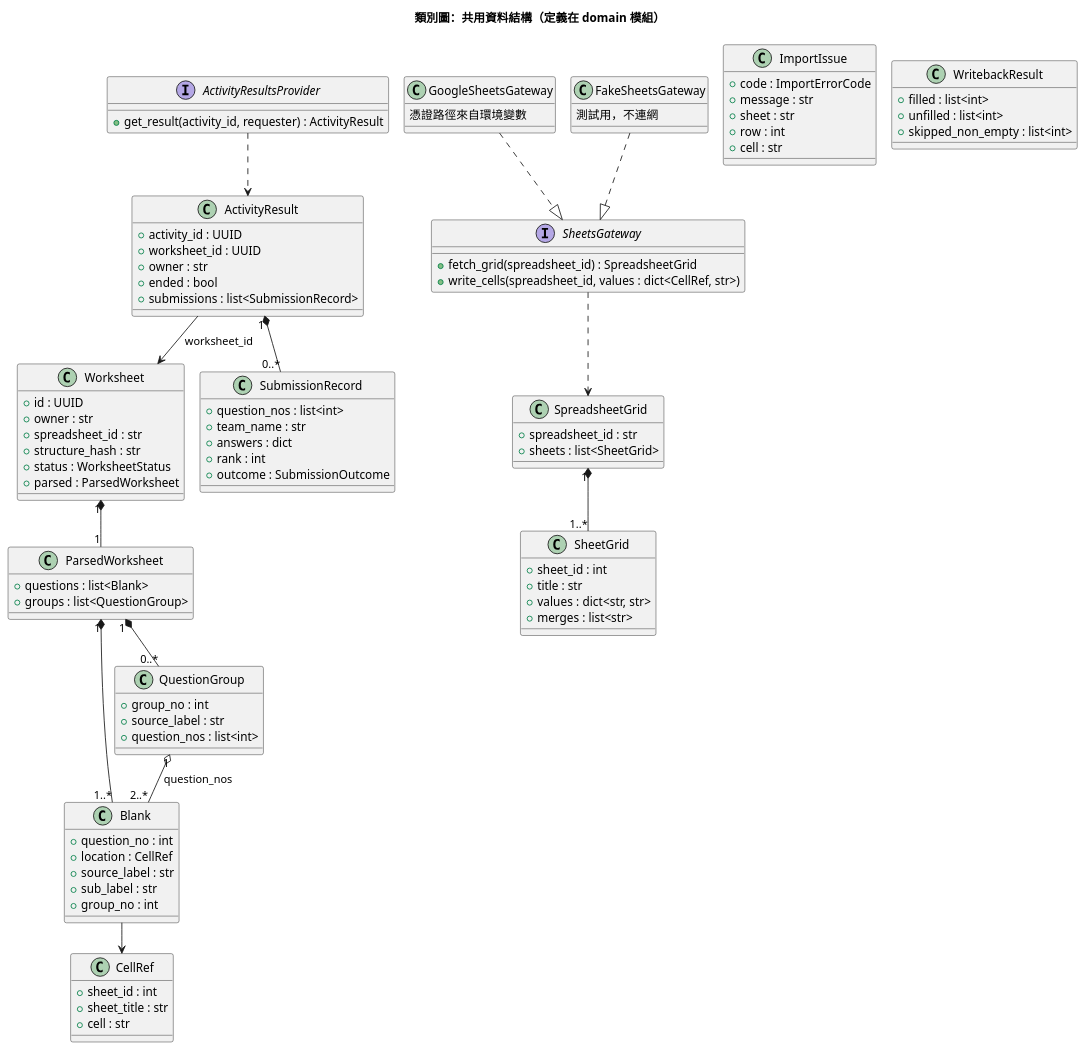
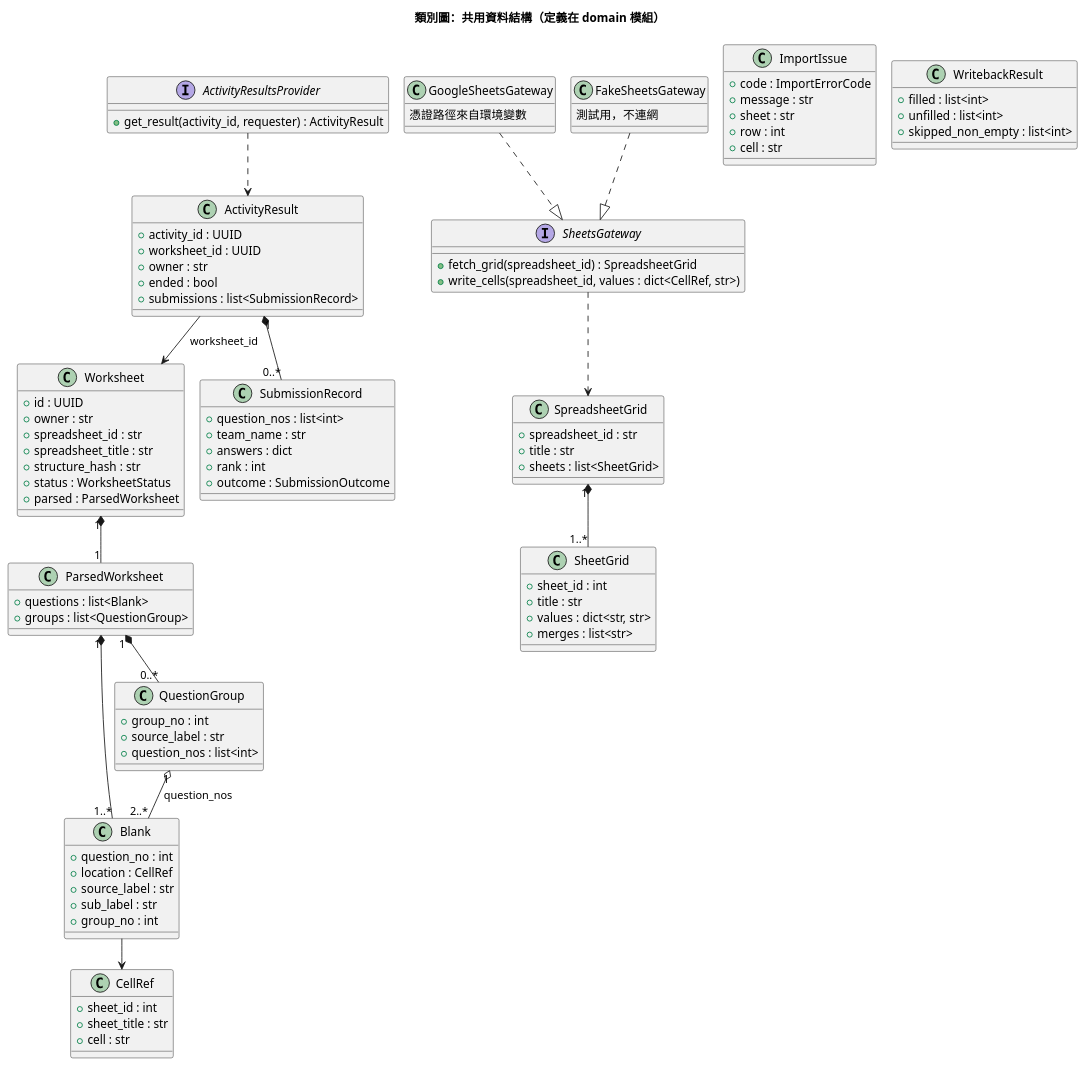
Before and after one commit to silverwind63/SEFinal: the diagram in diagrams/001-guided-notes-import/04-class.puml, drawn with PlantUML. The commit also changed 73 other files, not shown here.

```diff
--- a/diagrams/001-guided-notes-import/04-class.puml
+++ b/diagrams/001-guided-notes-import/04-class.puml
@@ -1,94 +1,96 @@
 @startuml
 !pragma layout smetana
 title 類別圖：共用資料結構（定義在 domain 模組）
 class CellRef {
   +sheet_id : int
   +sheet_title : str
   +cell : str
 }
 class SpreadsheetGrid {
   +spreadsheet_id : str
+  +title : str
   +sheets : list<SheetGrid>
 }
 class SheetGrid {
   +sheet_id : int
   +title : str
   +values : dict<str, str>
   +merges : list<str>
 }
 class Blank {
   +question_no : int
   +location : CellRef
   +source_label : str
   +sub_label : str
   +group_no : int
 }
 class QuestionGroup {
   +group_no : int
   +source_label : str
   +question_nos : list<int>
 }
 class ParsedWorksheet {
   +questions : list<Blank>
   +groups : list<QuestionGroup>
 }
 class Worksheet {
   +id : UUID
   +owner : str
   +spreadsheet_id : str
+  +spreadsheet_title : str
   +structure_hash : str
   +status : WorksheetStatus
   +parsed : ParsedWorksheet
 }
 class ImportIssue {
   +code : ImportErrorCode
   +message : str
   +sheet : str
   +row : int
   +cell : str
 }
 class WritebackResult {
   +filled : list<int>
   +unfilled : list<int>
   +skipped_non_empty : list<int>
 }
 interface SheetsGateway {
   +fetch_grid(spreadsheet_id) : SpreadsheetGrid
   +write_cells(spreadsheet_id, values : dict<CellRef, str>)
 }
 class GoogleSheetsGateway {
   憑證路徑來自環境變數
 }
 class FakeSheetsGateway {
   測試用，不連網
 }
 class SubmissionRecord {
   +question_nos : list<int>
   +team_name : str
   +answers : dict
   +rank : int
   +outcome : SubmissionOutcome
 }
 class ActivityResult {
   +activity_id : UUID
   +worksheet_id : UUID
   +owner : str
   +ended : bool
   +submissions : list<SubmissionRecord>
 }
 interface ActivityResultsProvider {
   +get_result(activity_id, requester) : ActivityResult
 }
 SpreadsheetGrid "1" *-- "1..*" SheetGrid
 Worksheet "1" *-- "1" ParsedWorksheet
 ParsedWorksheet "1" *-- "1..*" Blank
 ParsedWorksheet "1" *-- "0..*" QuestionGroup
 Blank --> CellRef
 QuestionGroup "1" o-- "2..*" Blank : question_nos
 GoogleSheetsGateway ..|> SheetsGateway
 FakeSheetsGateway ..|> SheetsGateway
 SheetsGateway ..> SpreadsheetGrid
 ActivityResult "1" *-- "0..*" SubmissionRecord
 ActivityResult --> Worksheet : worksheet_id
 ActivityResultsProvider ..> ActivityResult
 @enduml
```
